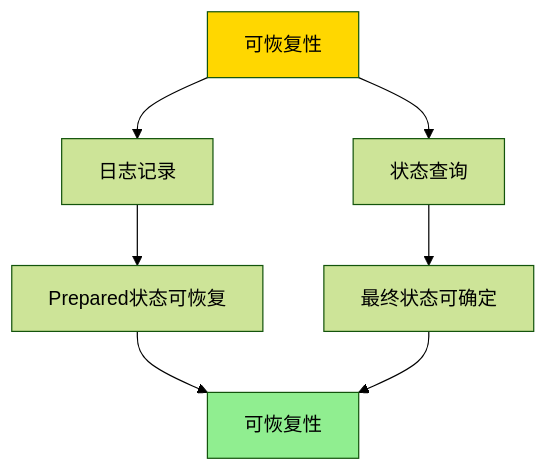
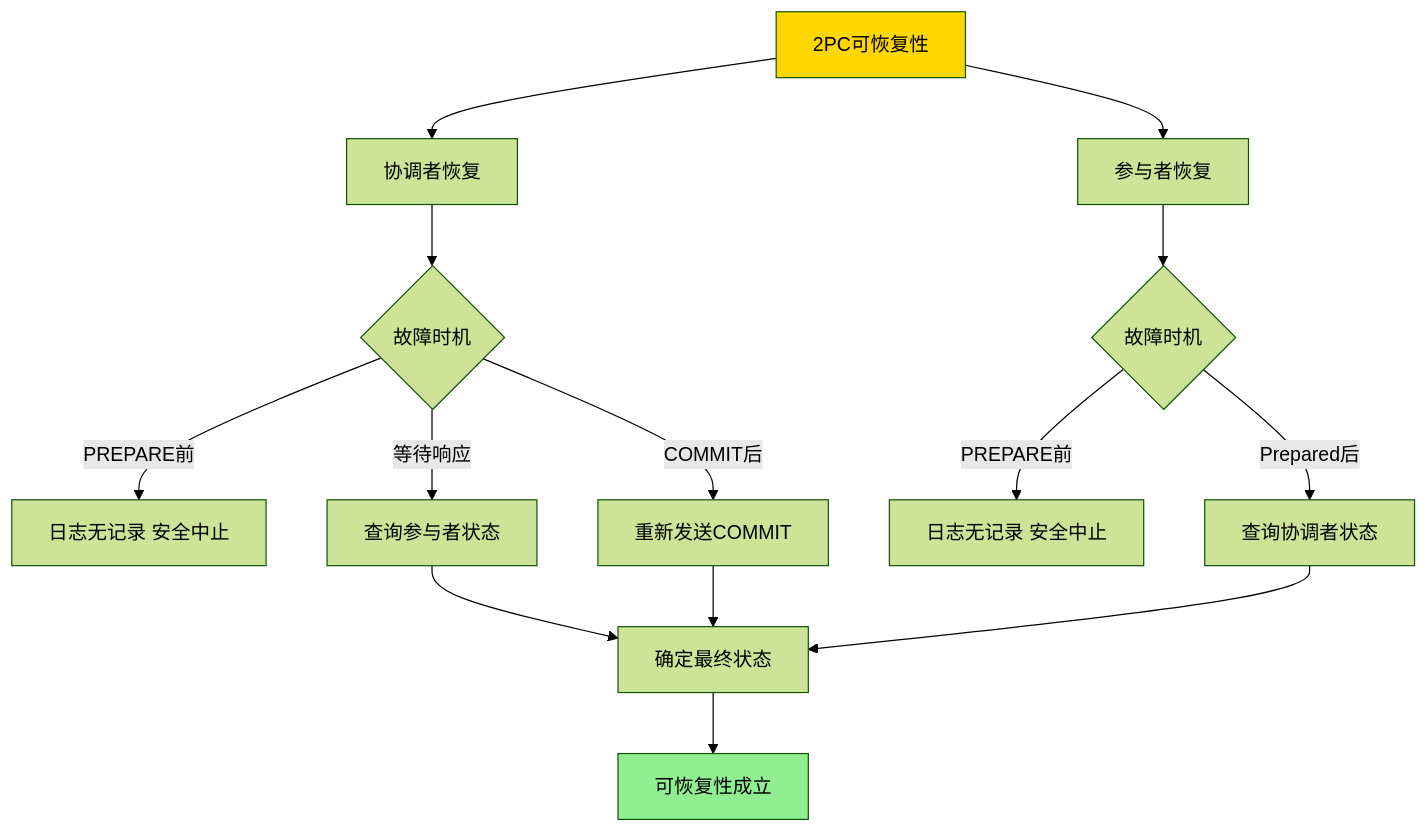
The sixth of 7 diagrams in PostgreSQL/10-理论基础/04-分布式系统理论/04.03-两阶段提交-可恢复性与阻塞特性证明.md (AdaMartin18010/PostgreSQL_modern), drawn with Mermaid (forest theme) before and after one commit. The commit also changed other lines of this file and 16 other files, not shown here.

````diff
--- a/PostgreSQL/10-理论基础/04-分布式系统理论/04.03-两阶段提交-可恢复性与阻塞特性证明.md
+++ b/PostgreSQL/10-理论基础/04-分布式系统理论/04.03-两阶段提交-可恢复性与阻塞特性证明.md
@@ -271,12 +339,19 @@
 ```mermaid
 graph TD
-    A[可恢复性] --> B[日志记录]
-    A --> C[状态查询]
-    B --> D[Prepared状态可恢复]
-    C --> E[最终状态可确定]
-    D --> F[可恢复性]
-    E --> F
+    A[2PC可恢复性] --> B[协调者恢复]
+    A --> C[参与者恢复]
+    B --> D{故障时机}
+    D -->|PREPARE前| E[日志无记录 安全中止]
+    D -->|等待响应| F[查询参与者状态]
+    D -->|COMMIT后| G[重新发送COMMIT]
+    C --> H{故障时机}
+    H -->|PREPARE前| I[日志无记录 安全中止]
+    H -->|Prepared后| J[查询协调者状态]
+    F --> K[确定最终状态]
+    G --> K
+    J --> K
+    K --> L[可恢复性成立]
 
     style A fill:#FFD700
-    style F fill:#90EE90
+    style L fill:#90EE90
 ```
````
